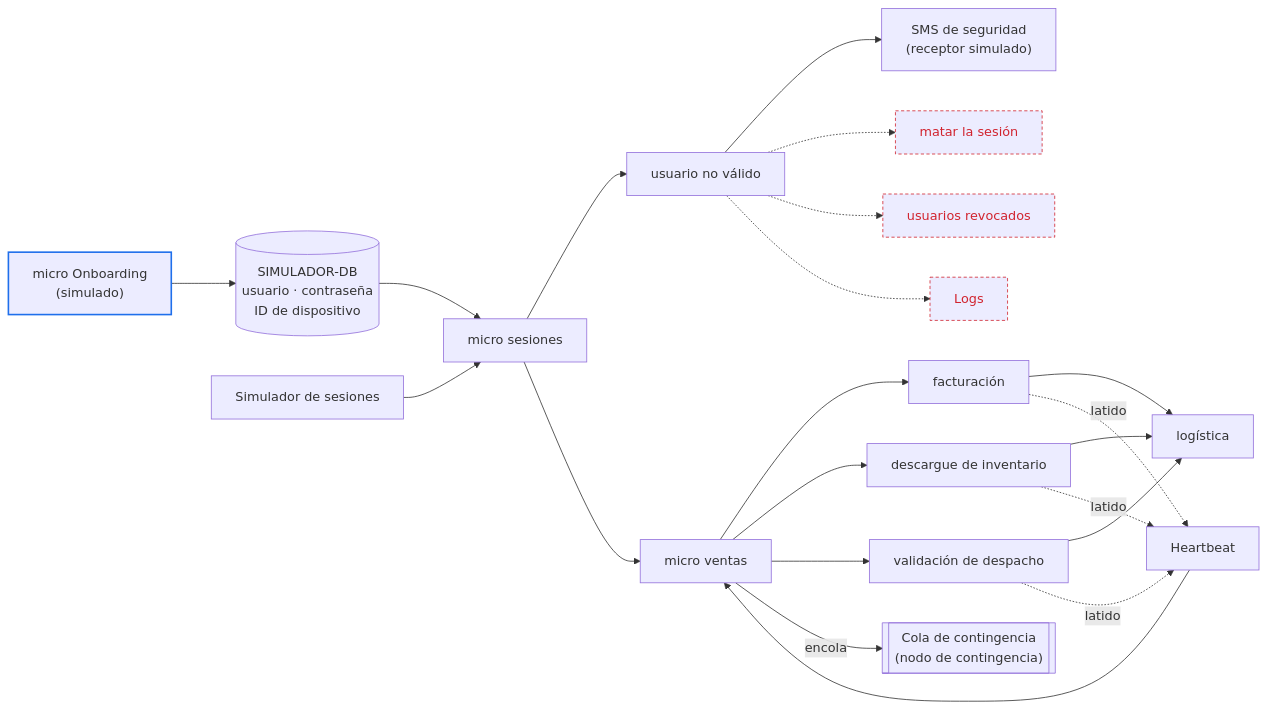
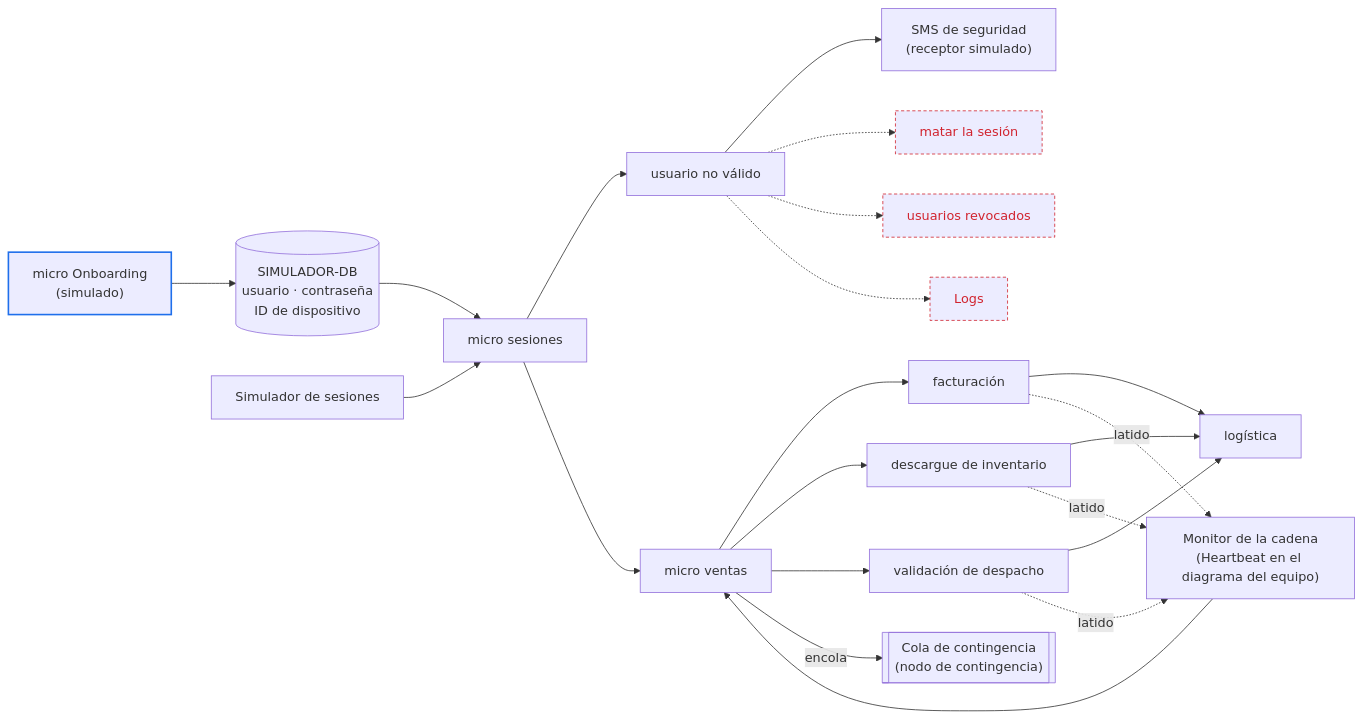
One commit to MATI-MBIT/arqsoft-reto-2 changed the diagram in docs/experiments.md. Above: the diagram before and after it, drawn with Mermaid. The commit also changed other lines of this file, not shown here.

First line of the commit message:
Nombra Monitor de la cadena al componente de latidos en el experimento E01

````diff
--- a/docs/experiments.md
+++ b/docs/experiments.md
@@ -156,27 +160,27 @@
 ```mermaid
 flowchart LR
     ONB["micro Onboarding<br/>(simulado)"] --> DB[("SIMULADOR-DB<br/>usuario · contraseña<br/>ID de dispositivo")]
     SIM["Simulador de sesiones"] --> SES["micro sesiones"]
     DB --> SES
     SES --> UNV["usuario no válido"]
     UNV --> SMS["SMS de seguridad<br/>(receptor simulado)"]
     SES --> VEN["micro ventas"]
     VEN --> FAC["facturación"]
     VEN --> INV["descargue de inventario"]
     VEN --> DES["validación de despacho"]
     FAC --> LOG["logística"]
     INV --> LOG
     DES --> LOG
-    FAC -. latido .-> HB["Heartbeat"]
+    FAC -. latido .-> HB["Monitor de la cadena<br/>(Heartbeat en el diagrama del equipo)"]
     INV -. latido .-> HB
     DES -. latido .-> HB
     HB --> VEN
     VEN -- encola --> NC[["Cola de contingencia<br/>(nodo de contingencia)"]]
     UNV -.-> KILL["matar la sesión"]
     UNV -.-> REV["usuarios revocados"]
     UNV -.-> LOGS["Logs"]
     classDef simulado stroke:#1f6feb,stroke-width:2px
     classDef fuera stroke:#d1242f,stroke-dasharray:4 3,color:#d1242f
     class ONB simulado
     class KILL,REV,LOGS fuera
 ```
````
